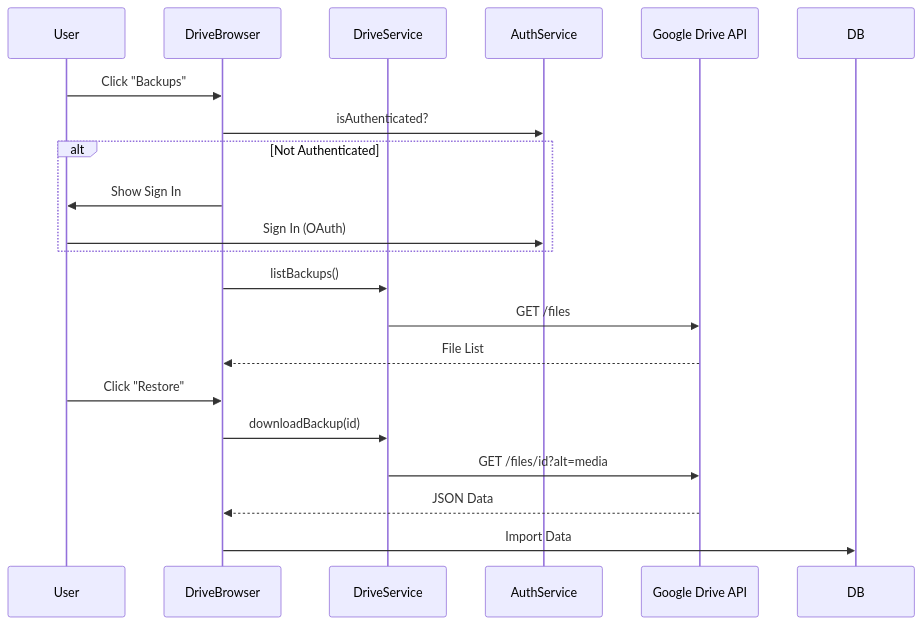
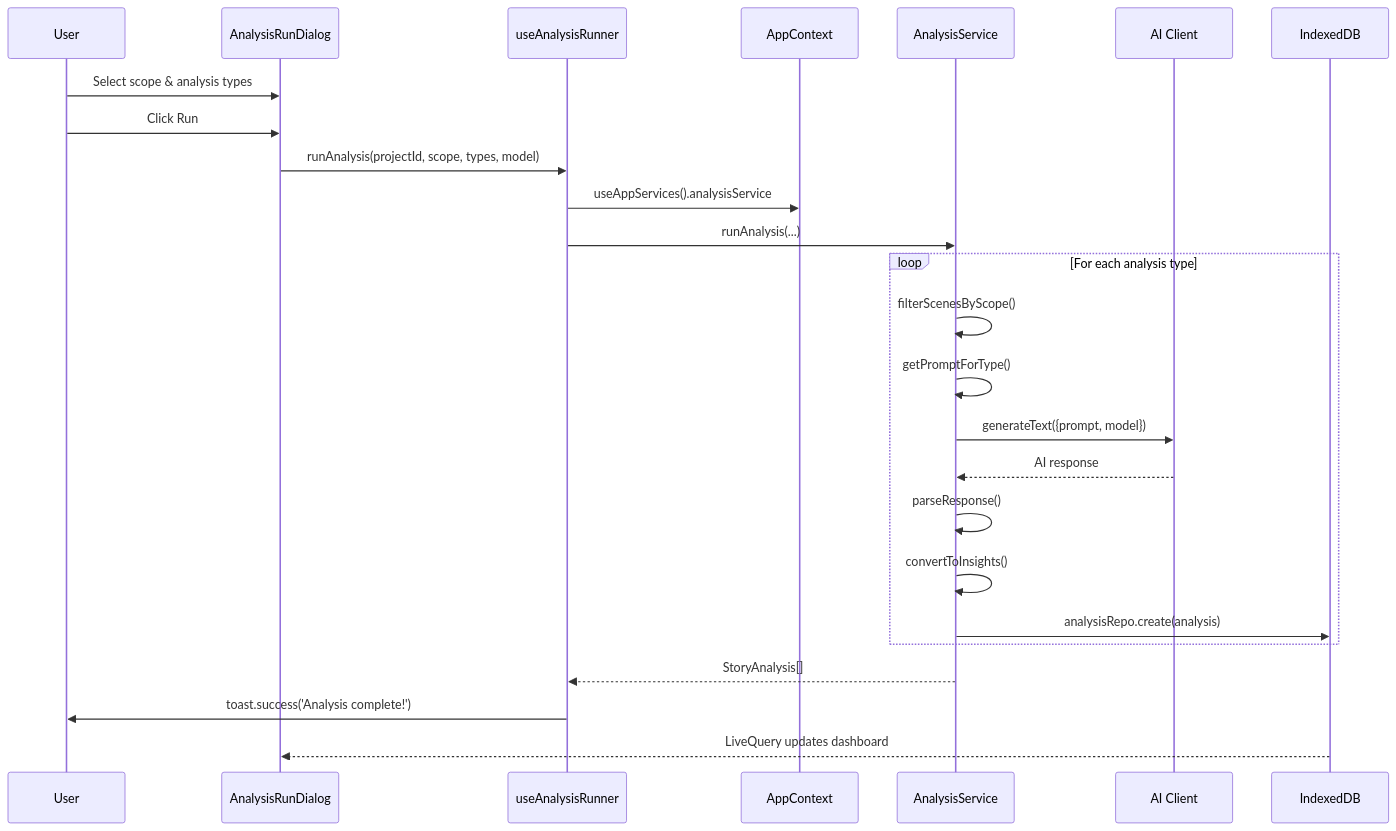
One commit to Sai-Roopesh/becomeAnAuthor changed diagram 13 of 22 in docs/architecture_doc.md. Above: the diagram before and after it, drawn with Mermaid. The commit also changed other lines of this file and 42 other files, not shown here.

````diff
--- a/docs/architecture_doc.md
+++ b/docs/architecture_doc.md
@@ -349,26 +590,32 @@
 ```mermaid
 sequenceDiagram
     participant User
-    participant UI as DriveBrowser
-    participant Service as DriveService
-    participant Auth as AuthService
-    participant Drive as Google Drive API
+    participant Dialog as AnalysisRunDialog
+    participant Hook as useAnalysisRunner
+    participant DI as AppContext
+    participant Service as AnalysisService
+    participant AI as AI Client
+    participant DB as IndexedDB
 
-    User->>UI: Click "Backups"
-    UI->>Auth: isAuthenticated?
+    User->>Dialog: Select scope & analysis types
+    User->>Dialog: Click Run
     
-    alt Not Authenticated
-        UI->>User: Show Sign In
-        User->>Auth: Sign In (OAuth)
+    Dialog->>Hook: runAnalysis(projectId, scope, types, model)
+    Hook->>DI: useAppServices().analysisService
+    Hook->>Service: runAnalysis(...)
+    
+    loop For each analysis type
+        Service->>Service: filterScenesByScope()
+        Service->>Service: getPromptForType()
+        Service->>AI: generateText({prompt, model})
+        AI-->>Service: AI response
+        Service->>Service: parseResponse()
+        Service->>Service: convertToInsights()
+        Service->>DB: analysisRepo.create(analysis)
     end
     
-    UI->>Service: listBackups()
-    Service->>Drive: GET /files
-    Drive-->>UI: File List
+    Service-->>Hook: StoryAnalysis[]
+    Hook->>User: toast.success('Analysis complete!')
     
-    User->>UI: Click "Restore"
-    UI->>Service: downloadBackup(id)
-    Service->>Drive: GET /files/id?alt=media
-    Drive-->>UI: JSON Data
-    UI->>DB: Import Data
+    DB-->>Dialog: LiveQuery updates dashboard
 ```
````
